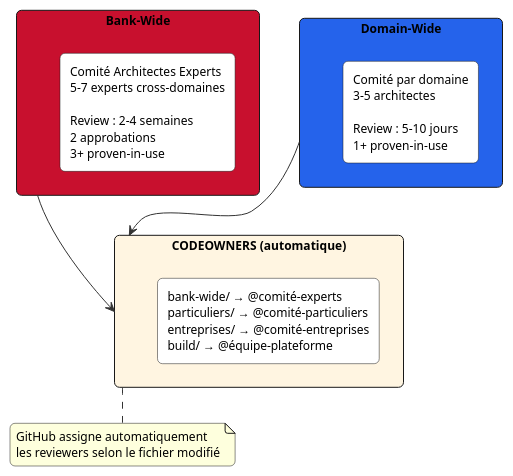
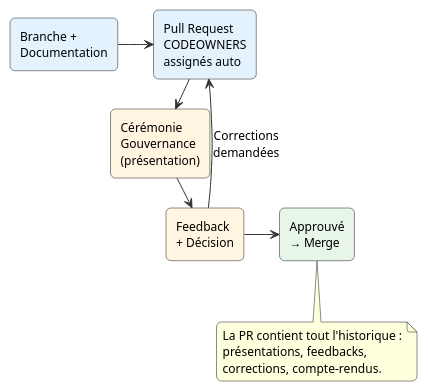
Before and after one commit to KiyaliHQ/proven-reusable-architecture: the fourth of 6 diagrams in content/pras/fr/overview.adoc, drawn with PlantUML. The commit also changed other lines of this file and 2 other files, not shown here.

```diff
--- a/content/pras/fr/overview.adoc
+++ b/content/pras/fr/overview.adoc
@@ -197,32 +247,28 @@
 [plantuml]
 ----
 @startuml
 skinparam backgroundColor transparent
-skinparam defaultFontName "Segoe UI"
 skinparam defaultFontSize 12
 skinparam shadowing false
 skinparam roundCorner 10
 skinparam ArrowColor #333333
 
-rectangle "Bank-Wide" as bw #c8102e {
-  rectangle "Comité Architectes Experts\n5-7 experts cross-domaines\n\nReview : 2-4 semaines\n2 approbations\n3+ proven-in-use" as bw_rules #ffffff
-}
+rectangle "Branche +\nDocumentation" as s1 #e3f2fd
+rectangle "Pull Request\nCODEOWNERS\nassignés auto" as s2 #e3f2fd
+rectangle "Cérémonie\nGouvernance\n(présentation)" as s3 #fff5e1
+rectangle "Feedback\n+ Décision" as s4 #fff5e1
+rectangle "Approuvé\n→ Merge" as s5 #e8f5e9
 
-rectangle "Domain-Wide" as dw #2563eb {
-  rectangle "Comité par domaine\n3-5 architectes\n\nReview : 5-10 jours\n1+ proven-in-use" as dw_rules #ffffff
-}
+s1 -right-> s2
+s2 -right-> s3
+s3 -right-> s4
+s4 -right-> s5
+s4 -up-> s2 : Corrections\ndemandées
 
-rectangle "CODEOWNERS (automatique)" as co #fff5e1 {
-  rectangle "bank-wide/ → @comité-experts\nparticuliers/ → @comité-particuliers\nentreprises/ → @comité-entreprises\nbuild/ → @équipe-plateforme" as co_rules #ffffff
-}
-
-bw -[hidden]right-> dw
-bw -down-> co
-dw -down-> co
-
-note bottom of co
-  GitHub assigne automatiquement
-  les reviewers selon le fichier modifié
+note bottom of s5
+  La PR contient tout l'historique :
+  présentations, feedbacks,
+  corrections, compte-rendus.
 end note
 @enduml
 ----
```
